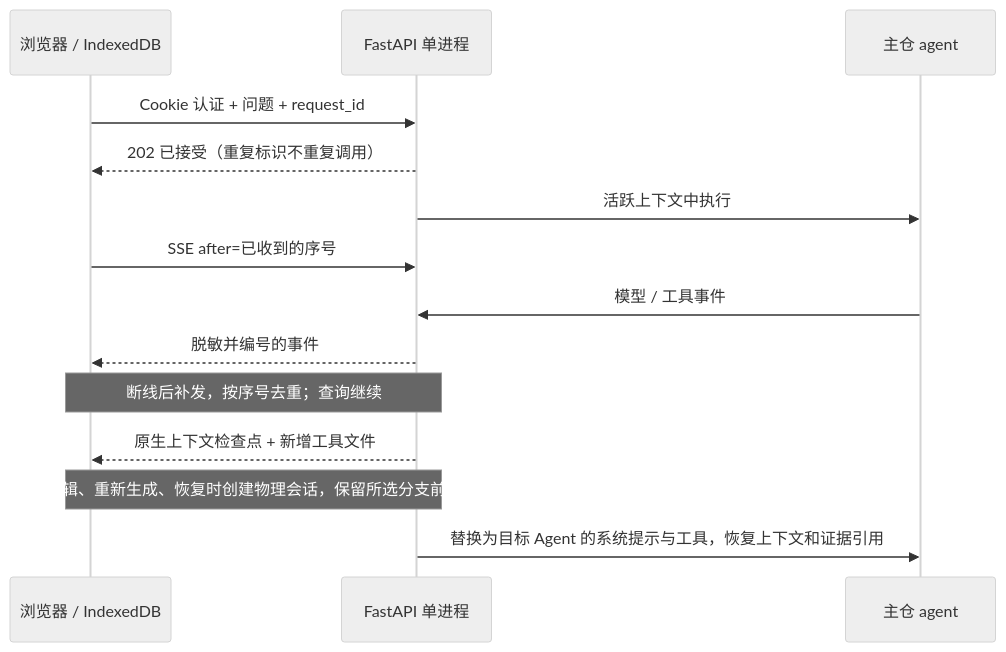
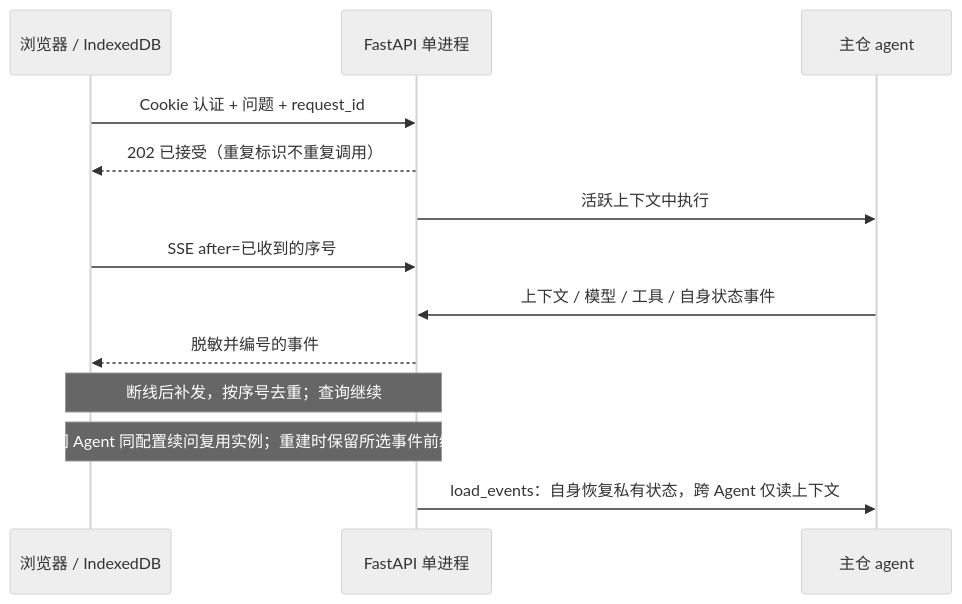
Before and after one commit to Delva0/gh-puller: the diagram in apps/agent-chat/README.md, drawn with Mermaid (neutral theme). The commit also changed other lines of this file and 13 other files, not shown here.

````diff
--- a/apps/agent-chat/README.md
+++ b/apps/agent-chat/README.md
@@ -56,16 +56,15 @@
 ```mermaid
 sequenceDiagram
   participant Browser as 浏览器 / IndexedDB
   participant API as FastAPI 单进程
   participant Agent as 主仓 agent
   Browser->>API: Cookie 认证 + 问题 + request_id
   API-->>Browser: 202 已接受（重复标识不重复调用）
   API->>Agent: 活跃上下文中执行
   Browser->>API: SSE after=已收到的序号
-  Agent->>API: 模型 / 工具事件
+  Agent->>API: 上下文 / 模型 / 工具 / 自身状态事件
   API-->>Browser: 脱敏并编号的事件
   Note over Browser,API: 断线后补发，按序号去重；查询继续
-  API-->>Browser: 原生上下文检查点 + 新增工具文件
-  Note over Browser,API: 编辑、重新生成、恢复时创建物理会话，保留所选分支前缀
-  API->>Agent: 替换为目标 Agent 的系统提示与工具，恢复上下文和证据引用
+  Note over Browser,API: 同 Agent 同配置续问复用实例；重建时保留所选事件前缀
+  API->>Agent: load_events：自身恢复私有状态，跨 Agent 仅读上下文
 ```
````
